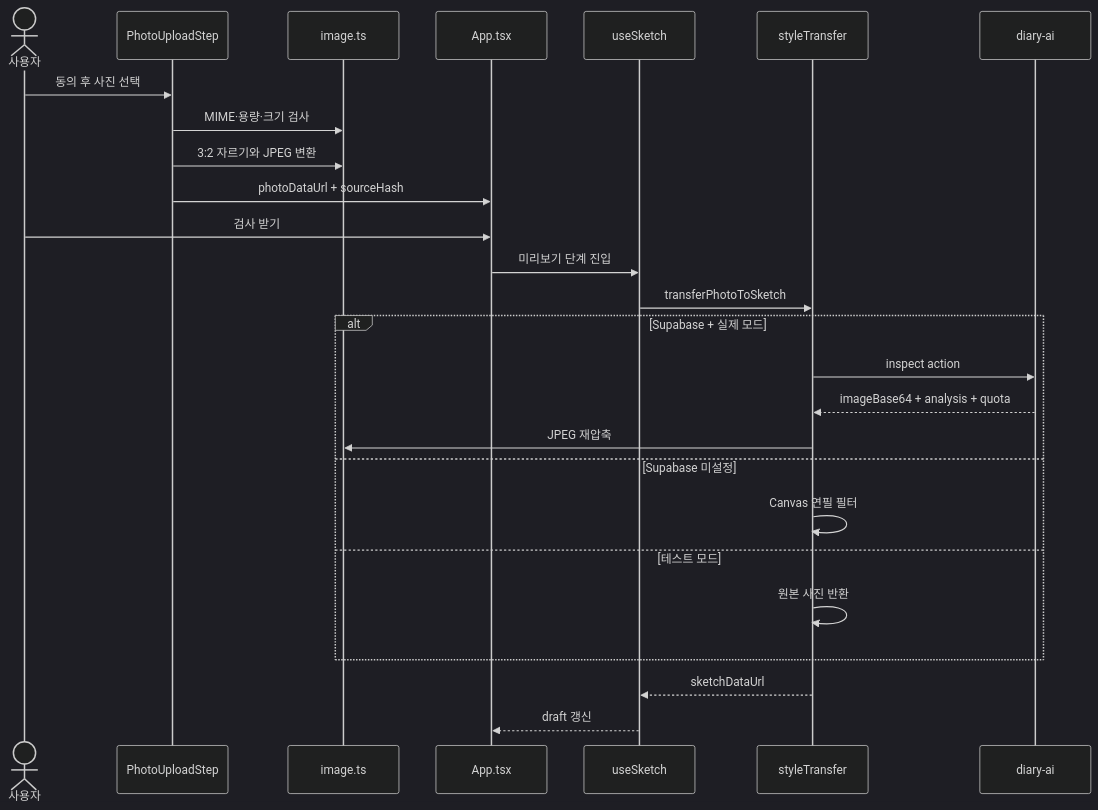
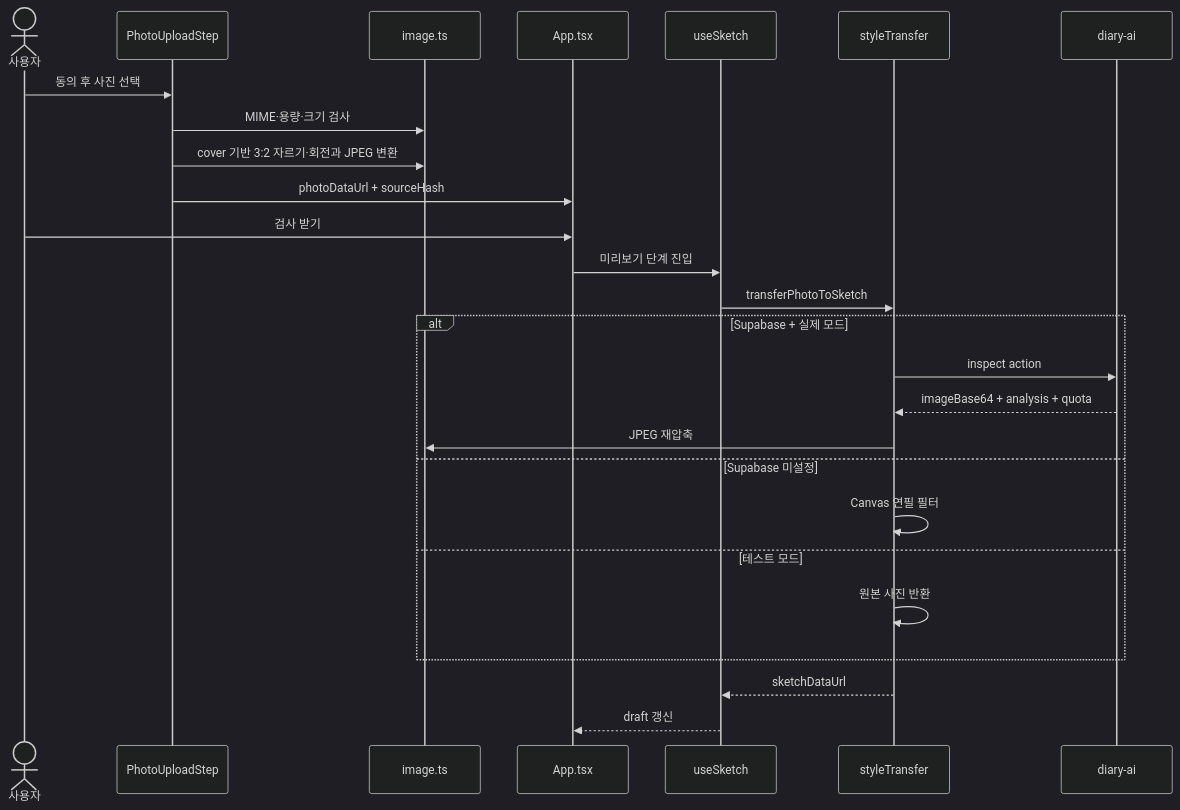
Before and after one commit to SummerVacationDiaryTMD/Summer_Vacation_Diary: the second of 3 diagrams in docs/architecture.md, drawn with Mermaid (dark theme). The commit also changed other lines of this file and 25 other files, not shown here.

````diff
--- a/docs/architecture.md
+++ b/docs/architecture.md
@@ -125,29 +127,29 @@
 ```mermaid
 sequenceDiagram
     actor User as 사용자
     participant Upload as PhotoUploadStep
     participant Image as image.ts
     participant App as App.tsx
     participant Sketch as useSketch
     participant Service as styleTransfer
     participant Edge as diary-ai
 
     User->>Upload: 동의 후 사진 선택
     Upload->>Image: MIME·용량·크기 검사
-    Upload->>Image: 3:2 자르기와 JPEG 변환
+    Upload->>Image: cover 기반 3:2 자르기·회전과 JPEG 변환
     Upload->>App: photoDataUrl + sourceHash
     User->>App: 검사 받기
     App->>Sketch: 미리보기 단계 진입
     Sketch->>Service: transferPhotoToSketch
     alt Supabase + 실제 모드
         Service->>Edge: inspect action
         Edge-->>Service: imageBase64 + analysis + quota
         Service->>Image: JPEG 재압축
     else Supabase 미설정
         Service->>Service: Canvas 연필 필터
     else 테스트 모드
         Service->>Service: 원본 사진 반환
     end
     Service-->>Sketch: sketchDataUrl
     Sketch-->>App: draft 갱신
 ```
````
